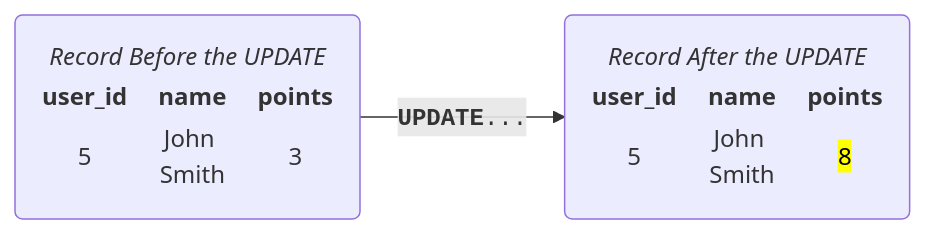
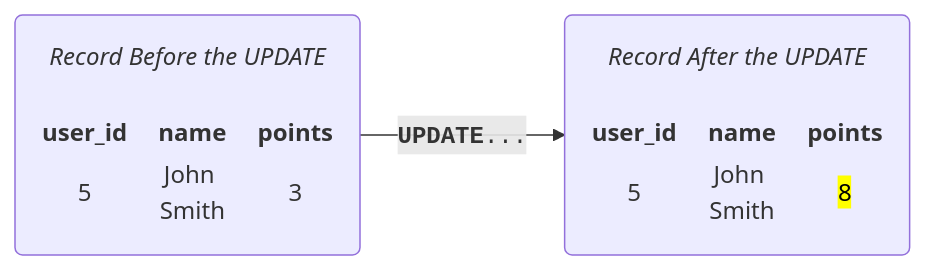
The second of 6 diagrams in docs/README.md (outsidenote/eventualize), drawn with Mermaid before and after one commit. The commit also changed other lines of this file, not shown here.

Commit message:
[Solution] add spacing in mermaid tables in README.md

````diff
--- a/docs/README.md
+++ b/docs/README.md
@@ -23,6 +23,10 @@
 ```mermaid
 flowchart LR;
-a(<i>Record Before the UPDATE<i/><table><tr><th>user_id</th><th>name</th><th>points</th></tr><tr><td>5</td><td>John Smith</td><td>3</td></tr></table>);
-b(<i>Record After the UPDATE<i/><table><tr><th>user_id</th><th>name</th><th>points</th></tr><tr><td>5</td><td>John Smith</td><td><mark>8</mark></td></tr></table>);
+a("<i>Record Before the UPDATE<i/>
+<table><tr><th>user_id</th><th>name</th><th>points</th></tr>
+<tr><td>5</td><td>John Smith</td><td>3</td></tr></table>");
+b("<i>Record After the UPDATE<i/>
+<table><tr><th>user_id</th><th>name</th><th>points</th></tr>
+<tr><td>5</td><td>John Smith</td><td><mark>8</mark></td></tr></table>");
 a -->|"<code><b>UPDATE</b>...<code>"| b;
 ```
````
